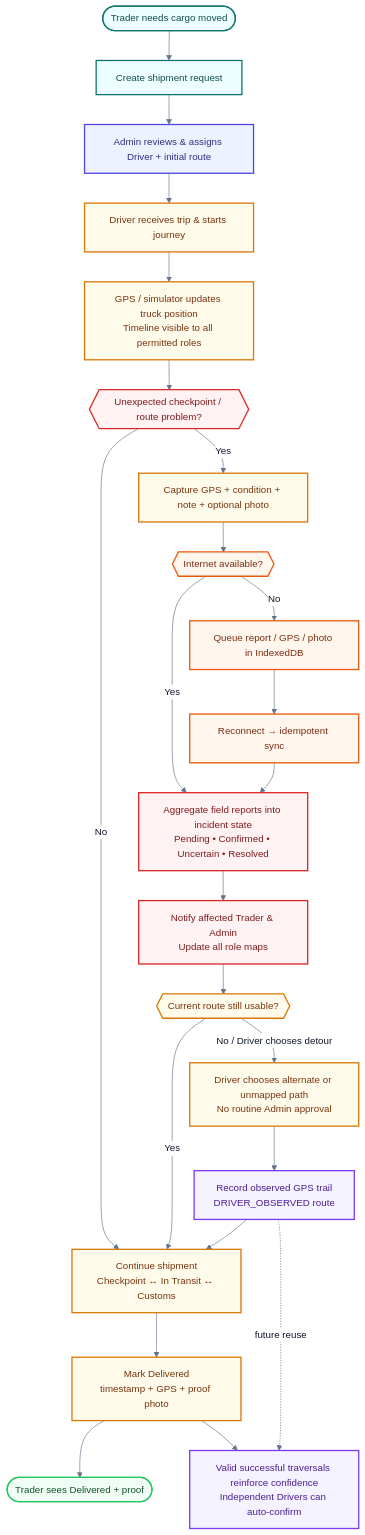
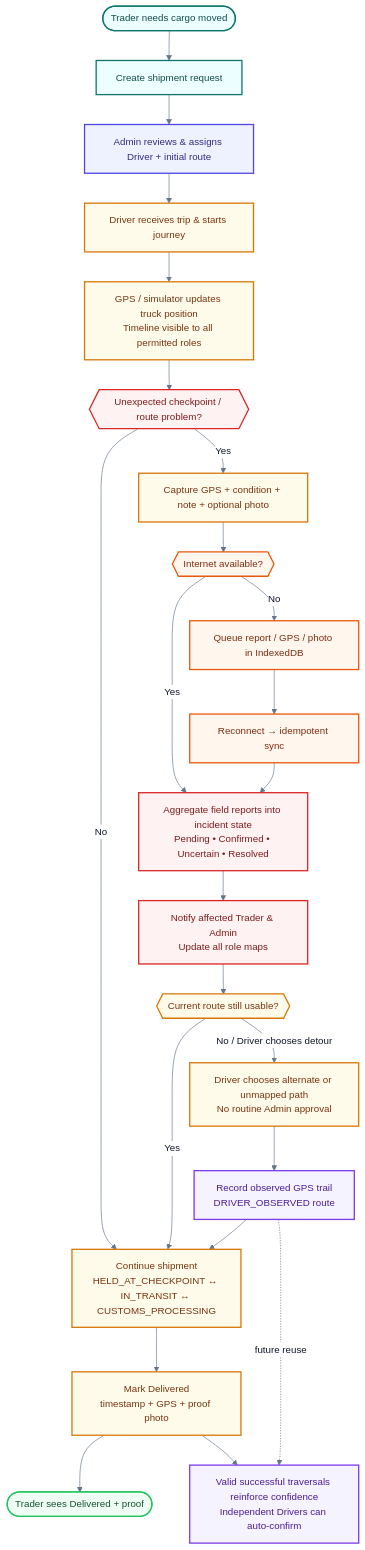
One commit to Aung-Ko-Ko-Oo/Rapid-Prototype-for-Myanmar-Logistics-Tracking-System changed the diagram in doc/mermaid/03-functional-workflow.mmd. Above: the diagram before and after it, drawn with Mermaid. The commit also changed 49 other files, not shown here.

```diff
--- a/doc/mermaid/03-functional-workflow.mmd
+++ b/doc/mermaid/03-functional-workflow.mmd
@@ -1,45 +1,45 @@
 %%{init: {"theme":"base","flowchart":{"curve":"basis","htmlLabels":true,"nodeSpacing":34,"rankSpacing":46},"themeVariables":{"fontFamily":"Inter, ui-sans-serif, system-ui, -apple-system, Segoe UI, sans-serif","fontSize":"15px","primaryTextColor":"#0f172a","lineColor":"#64748b","clusterBkg":"#f8fafc","clusterBorder":"#cbd5e1","edgeLabelBackground":"#ffffff","tertiaryColor":"#f8fafc"}}}%%
 flowchart TD
   START(["Trader needs cargo moved"]):::trader
   CREATE["Create shipment request"]:::trader
   ASSIGN["Admin reviews & assigns Driver + initial route"]:::admin
   ACCEPT["Driver receives trip & starts journey"]:::driver
   TRACK["GPS / simulator updates truck position<br/>Timeline visible to all permitted roles"]:::driver
   ISSUE{{"Unexpected checkpoint / route problem?"}}:::warn
   ONLINE{{"Internet available?"}}:::offline
   REPORT["Capture GPS + condition + note + optional photo"]:::driver
   CACHE["Queue report / GPS / photo in IndexedDB"]:::offline
   SYNC["Reconnect → idempotent sync"]:::offline
   INCIDENT["Aggregate field reports into incident state<br/>Pending • Confirmed • Uncertain • Resolved"]:::warn
   ALERT["Notify affected Trader & Admin<br/>Update all role maps"]:::warn
   ROUTE{{"Current route still usable?"}}:::driver
   CHOOSE["Driver chooses alternate or unmapped path<br/>No routine Admin approval"]:::driver
   OBS["Record observed GPS trail<br/>DRIVER_OBSERVED route"]:::adaptive
   REINFORCE["Valid successful traversals reinforce confidence<br/>Independent Drivers can auto-confirm"]:::adaptive
-  CONT["Continue shipment<br/>Checkpoint ↔ In Transit ↔ Customs"]:::driver
+  CONT["Continue shipment<br/>HELD_AT_CHECKPOINT ↔ IN_TRANSIT ↔ CUSTOMS_PROCESSING"]:::driver
   DELIVER["Mark Delivered<br/>timestamp + GPS + proof photo"]:::driver
   DONE(["Trader sees Delivered + proof"]):::success
 
   START --> CREATE --> ASSIGN --> ACCEPT --> TRACK --> ISSUE
   ISSUE -- "No" --> CONT
   ISSUE -- "Yes" --> REPORT --> ONLINE
   ONLINE -- "Yes" --> INCIDENT
   ONLINE -- "No" --> CACHE --> SYNC --> INCIDENT
   INCIDENT --> ALERT --> ROUTE
   ROUTE -- "Yes" --> CONT
   ROUTE -- "No / Driver chooses detour" --> CHOOSE --> OBS --> CONT
   CONT --> DELIVER --> DONE
   DELIVER --> REINFORCE
   OBS -. "future reuse" .-> REINFORCE
 
 classDef admin fill:#eef2ff,stroke:#4f46e5,color:#312e81,stroke-width:2px;
 classDef trader fill:#ecfeff,stroke:#0f766e,color:#134e4a,stroke-width:2px;
 classDef driver fill:#fffbeb,stroke:#d97706,color:#78350f,stroke-width:2px;
 classDef core fill:#f1f5f9,stroke:#334155,color:#0f172a,stroke-width:2px;
 classDef data fill:#ecfdf5,stroke:#16a34a,color:#14532d,stroke-width:2px;
 classDef external fill:#eff6ff,stroke:#2563eb,color:#1e3a8a,stroke-width:2px;
 classDef offline fill:#fff7ed,stroke:#ea580c,color:#7c2d12,stroke-width:2px;
 classDef warn fill:#fef2f2,stroke:#dc2626,color:#7f1d1d,stroke-width:2px;
 classDef adaptive fill:#f5f3ff,stroke:#7c3aed,color:#4c1d95,stroke-width:2px;
 classDef success fill:#f0fdf4,stroke:#22c55e,color:#14532d,stroke-width:2px;
 classDef muted fill:#f8fafc,stroke:#94a3b8,color:#475569,stroke-width:1.5px;
```
